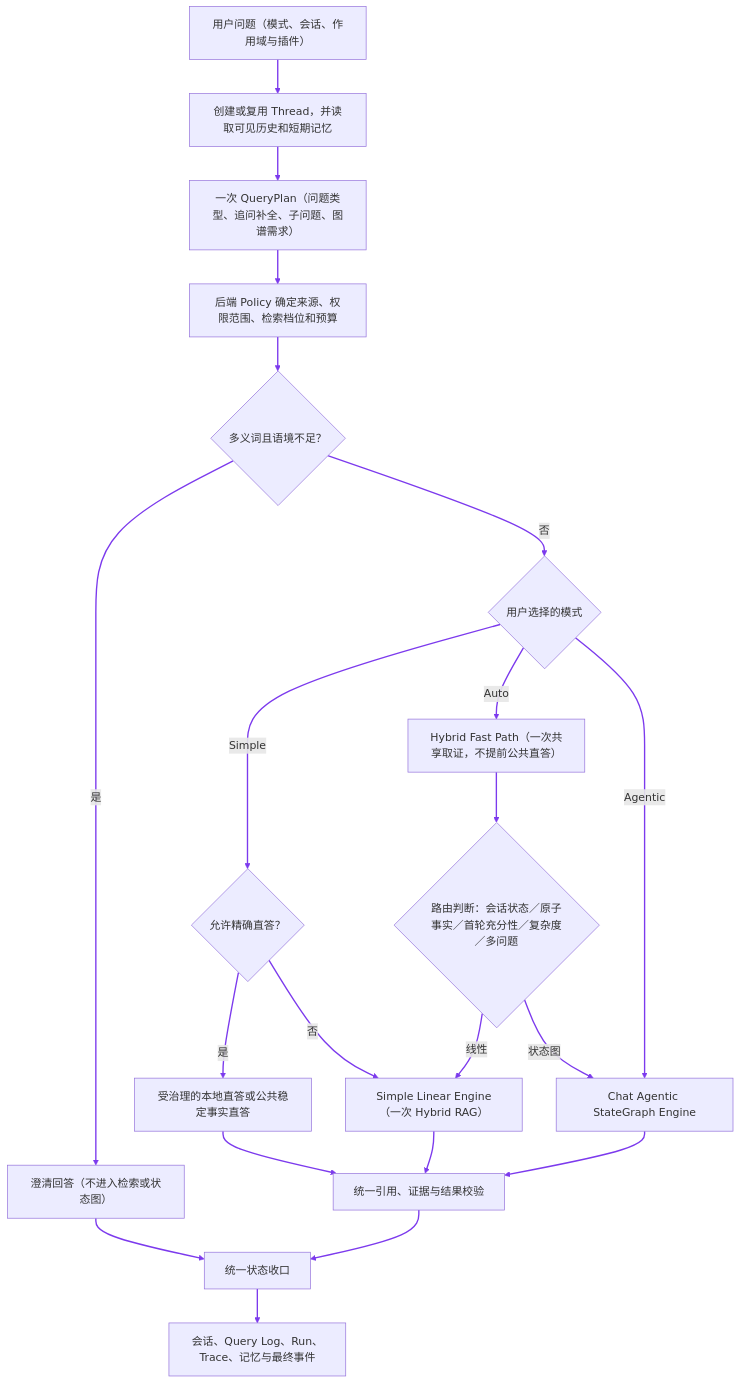
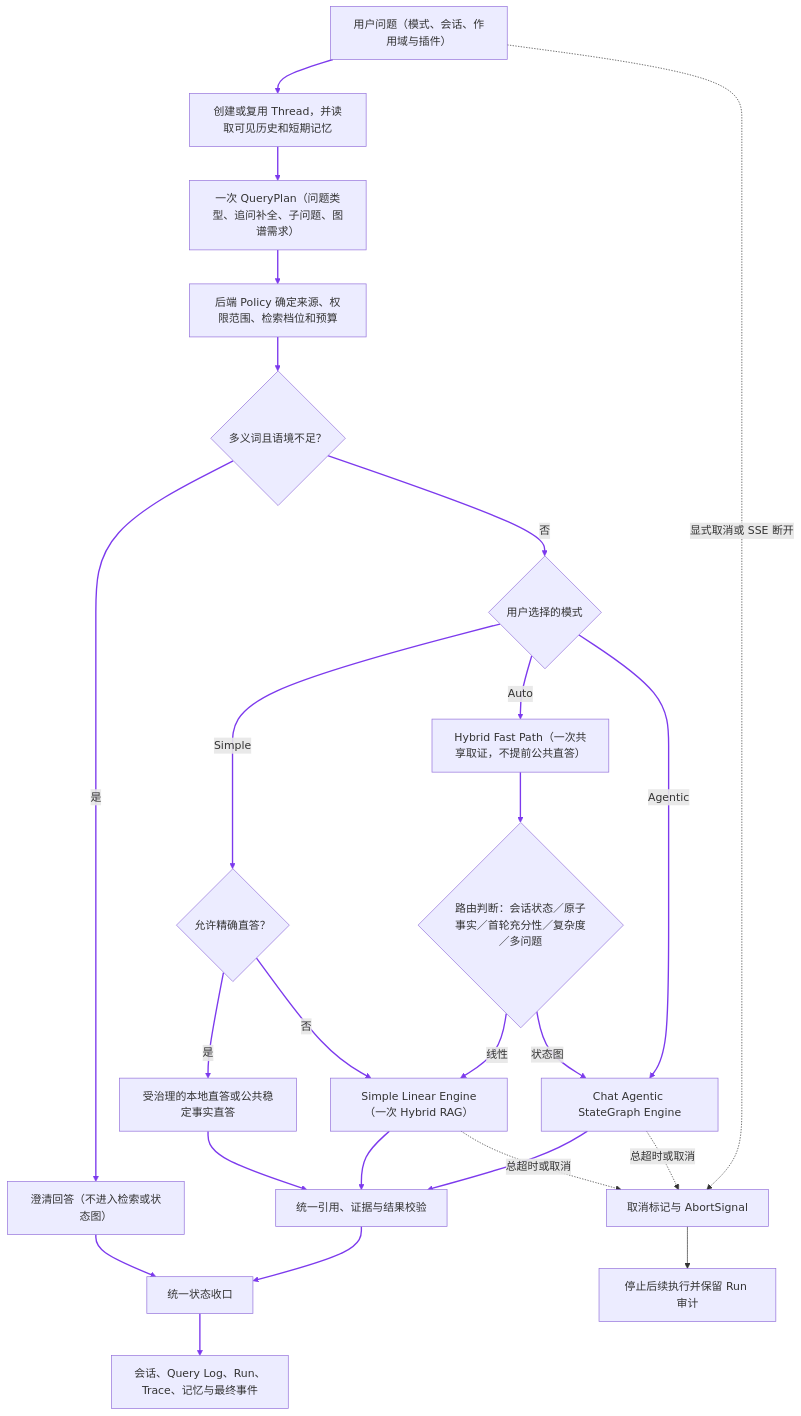
The fourth of 15 diagrams in docs/interview/功能步骤流程.md (monstereatai/RAG), drawn with Mermaid before and after one commit. The commit also changed other lines of this file and 217 other files, not shown here.

````diff
--- a/docs/interview/功能步骤流程.md
+++ b/docs/interview/功能步骤流程.md
@@ -189,24 +161,28 @@
 ```mermaid
 flowchart TB
   A[用户问题（模式、会话、作用域与插件）] --> B[创建或复用 Thread，并读取可见历史和短期记忆]
   B --> C[一次 QueryPlan（问题类型、追问补全、子问题、图谱需求）]
   C --> D[后端 Policy 确定来源、权限范围、检索档位和预算]
   D --> E{多义词且语境不足？}
   E -->|是| F[澄清回答（不进入检索或状态图）]
   E -->|否| G{用户选择的模式}
   G -->|Simple| H{允许精确直答？}
   H -->|是| I[受治理的本地直答或公共稳定事实直答]
   H -->|否| J[Simple Linear Engine（一次 Hybrid RAG）]
   G -->|Auto| K[Hybrid Fast Path（一次共享取证，不提前公共直答）]
   K --> L{路由判断：会话状态／原子事实／首轮充分性／复杂度／多问题}
   L -->|线性| J
   L -->|状态图| M[Chat Agentic StateGraph Engine]
   G -->|Agentic| M
   I --> N[统一引用、证据与结果校验]
   J --> N
   M --> N
   F --> O[统一状态收口]
   N --> O
   O --> P[会话、Query Log、Run、Trace、记忆与最终事件]
+  A -. 显式取消或 SSE 断开 .-> Q[取消标记与 AbortSignal]
+  J -. 总超时或取消 .-> Q
+  M -. 总超时或取消 .-> Q
+  Q --> R[停止后续执行并保留 Run 审计]
   linkStyle 0,1,2,3,4,5,6,7,8,9,10,11,12,13,14,15,16,17,18,19 stroke:#7c3aed,stroke-width:2px
 ```
````
